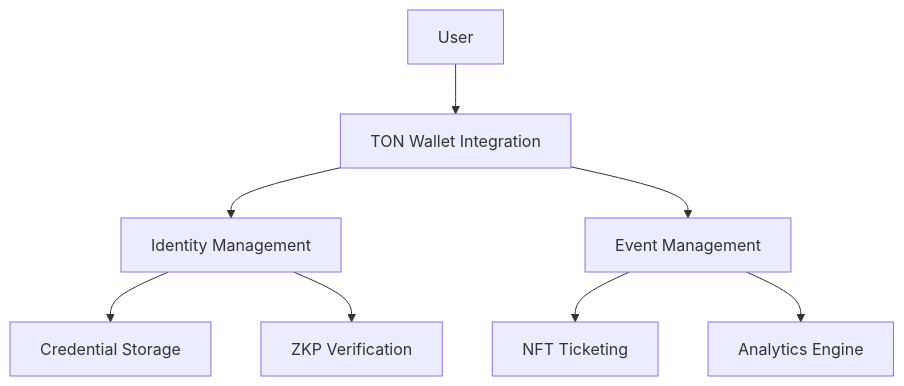
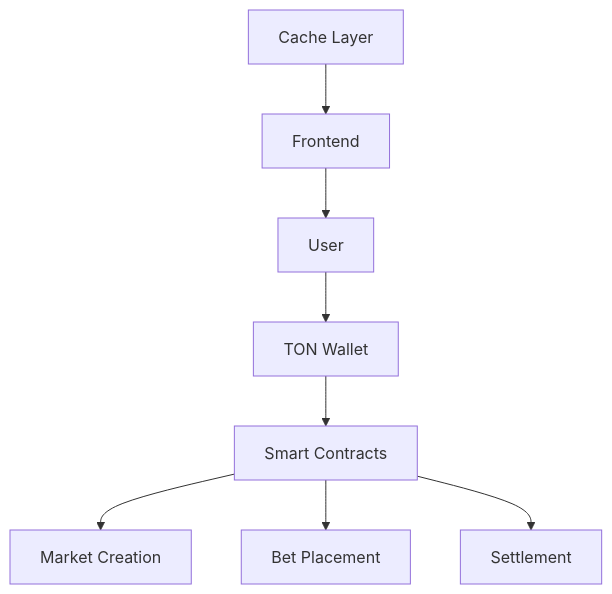
One commit to TadashiJei/Spark---Decentralized-Identity-for-Digital-Nomads changed the diagram in README.md. Above: the diagram before and after it, drawn with Mermaid. The commit also changed other lines of this file, not shown here.

````diff
--- a/README.md
+++ b/README.md
@@ -61,10 +73,10 @@
 ```mermaid
 graph TD
-    A[User] --> B[TON Wallet Integration]
-    B --> C[Identity Management]
-    C --> D[Credential Storage]
-    C --> E[ZKP Verification]
-    B --> F[Event Management]
-    F --> G[NFT Ticketing]
-    F --> H[Analytics Engine]
+    A[User] --> B[TON Wallet]
+    B --> C[Smart Contracts]
+    C --> D[Market Creation]
+    C --> E[Bet Placement]
+    C --> F[Settlement]
+    G[Cache Layer] --> H[Frontend]
+    H --> A
 ```
````
